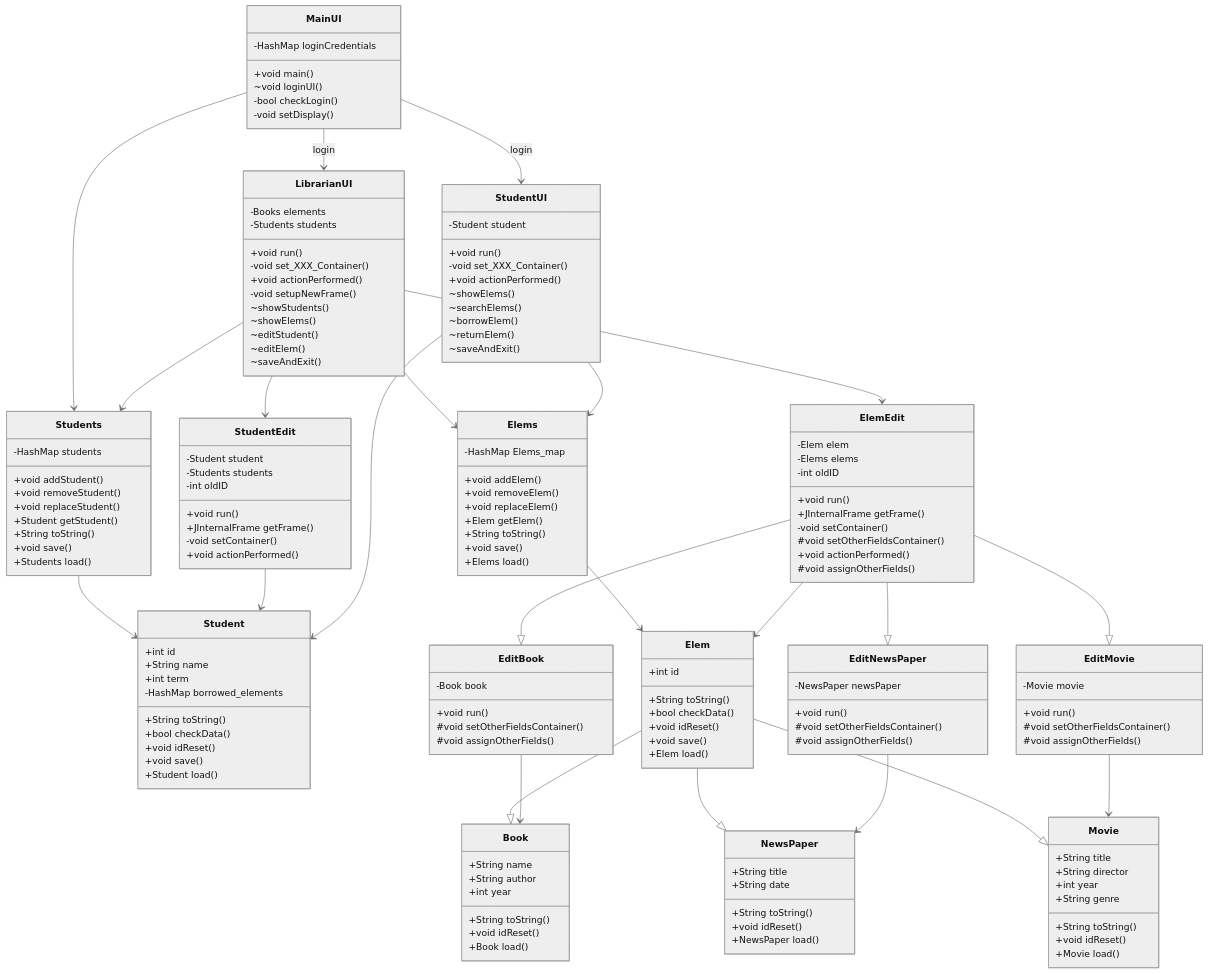
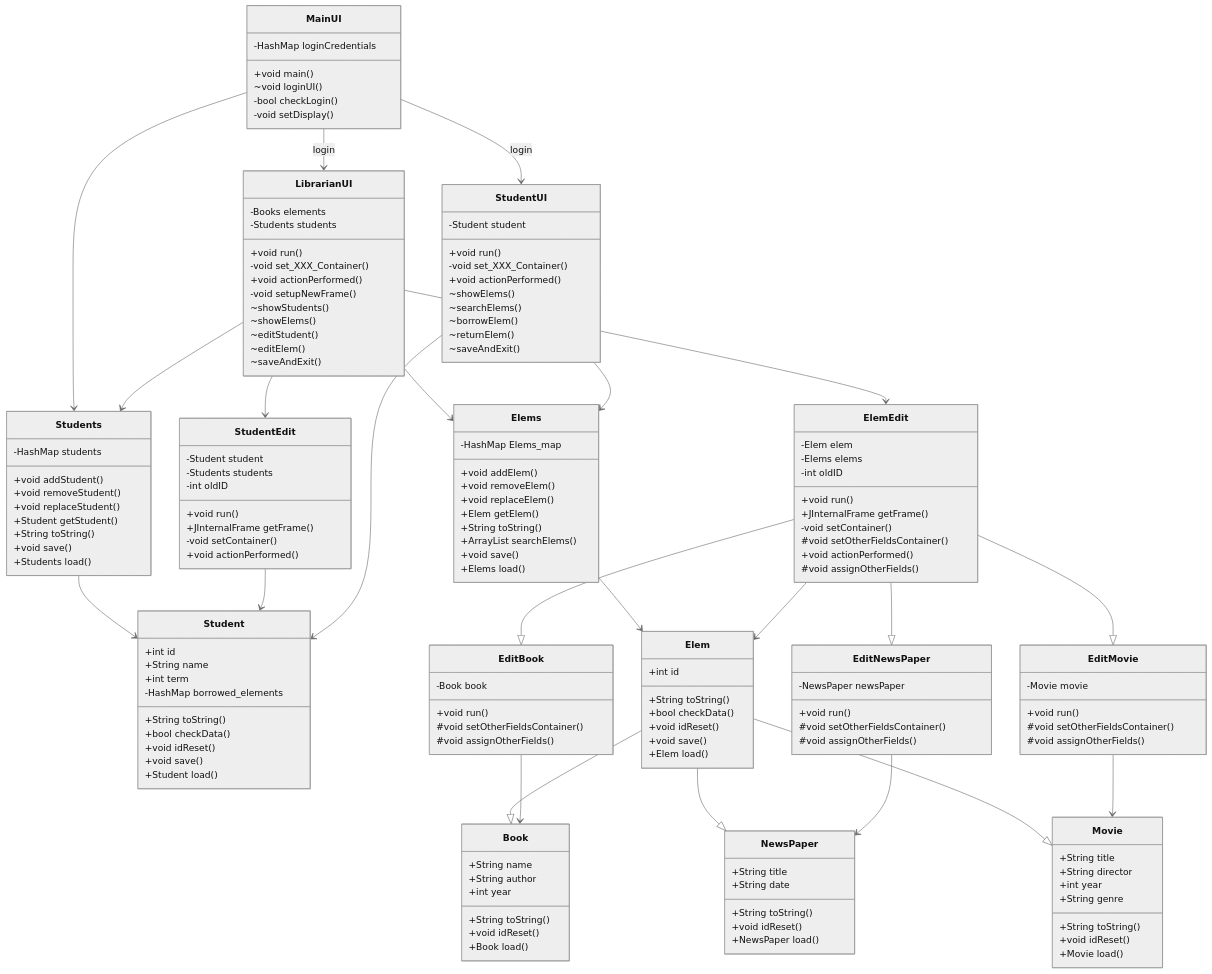
One commit to PatrykFlama/LibrarySystem changed the diagram in README.md. Above: the diagram before and after it, drawn with Mermaid (neutral theme).

```diff
--- a/README.md
+++ b/README.md
@@ -126,6 +126,7 @@
         +void replaceElem()
         +Elem getElem()
         +String toString()
+        +ArrayList searchElems()
 
         +void save()
         +Elems load()
```
